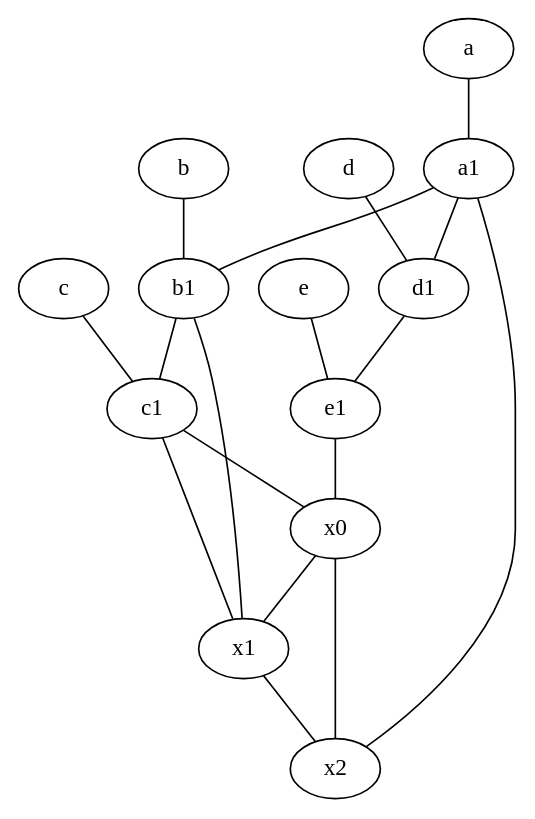
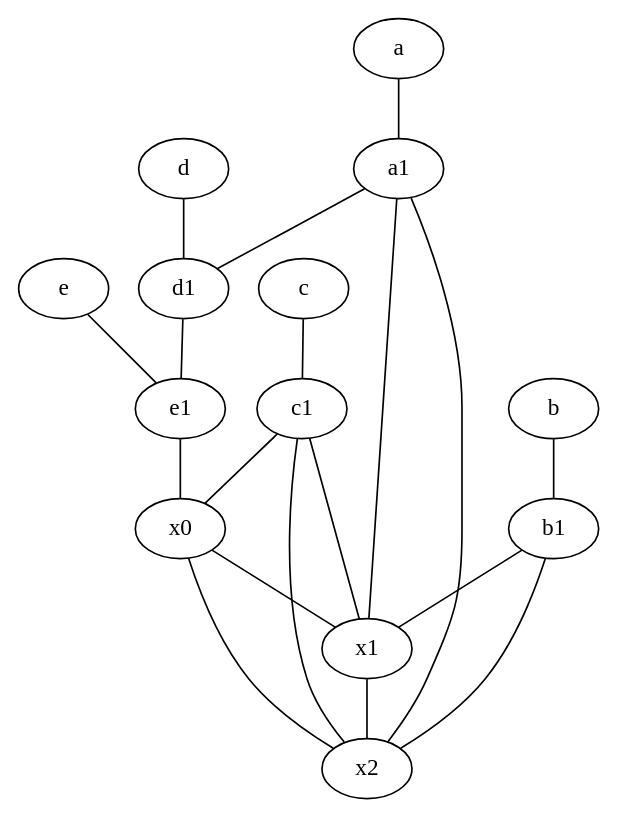
The diagram in results_best/surfnet9/inf.dot (anisabnis/graph_inference), drawn with Graphviz before and after one commit. The commit also changed 3498 other files, not shown here.

```diff
--- a/results_best/surfnet9/inf.dot
+++ b/results_best/surfnet9/inf.dot
@@ -1,33 +1,34 @@
 graph {
 	node [labelfontsize=50]
+	d1 [labelfontsize=50 pos="3,5!"]
+	b [labelfontsize=50 pos="10,4!"]
 	x0 [labelfontsize=50]
-	x2 [labelfontsize=50]
 	c1 [labelfontsize=50 pos="4.5,3!"]
-	b1 [labelfontsize=50 pos="9,4!"]
 	a [labelfontsize=50 pos="8,2!"]
-	e [labelfontsize=50 pos="7,9!"]
-	d1 [labelfontsize=50 pos="3,5!"]
-	e1 [labelfontsize=50 pos="7,7!"]
 	a1 [labelfontsize=50 pos="8,3!"]
-	b [labelfontsize=50 pos="10,4!"]
-	d [labelfontsize=50 pos="2,5!"]
 	x1 [labelfontsize=50]
 	c [labelfontsize=50 pos="4.5,2!"]
+	e1 [labelfontsize=50 pos="7,7!"]
+	d [labelfontsize=50 pos="2,5!"]
+	e [labelfontsize=50 pos="7,9!"]
+	b1 [labelfontsize=50 pos="9,4!"]
+	x2 [labelfontsize=50]
+	e1 -- x0
+	x1 -- x2
+	a1 -- d1
+	b1 -- x2
+	c -- c1
+	b1 -- x1
 	c1 -- x0
-	a1 -- b1
+	x0 -- x2
+	x0 -- x1
 	d1 -- e1
-	b1 -- x1
-	c -- c1
+	b -- b1
+	c1 -- x2
+	a1 -- x2
+	a1 -- x1
+	c1 -- x1
+	e -- e1
+	a -- a1
 	d -- d1
-	c1 -- x1
-	x1 -- x2
-	x0 -- x2
-	a -- a1
-	a1 -- x2
-	e1 -- x0
-	e -- e1
-	x0 -- x1
-	a1 -- d1
-	b1 -- c1
-	b -- b1
 }
```
